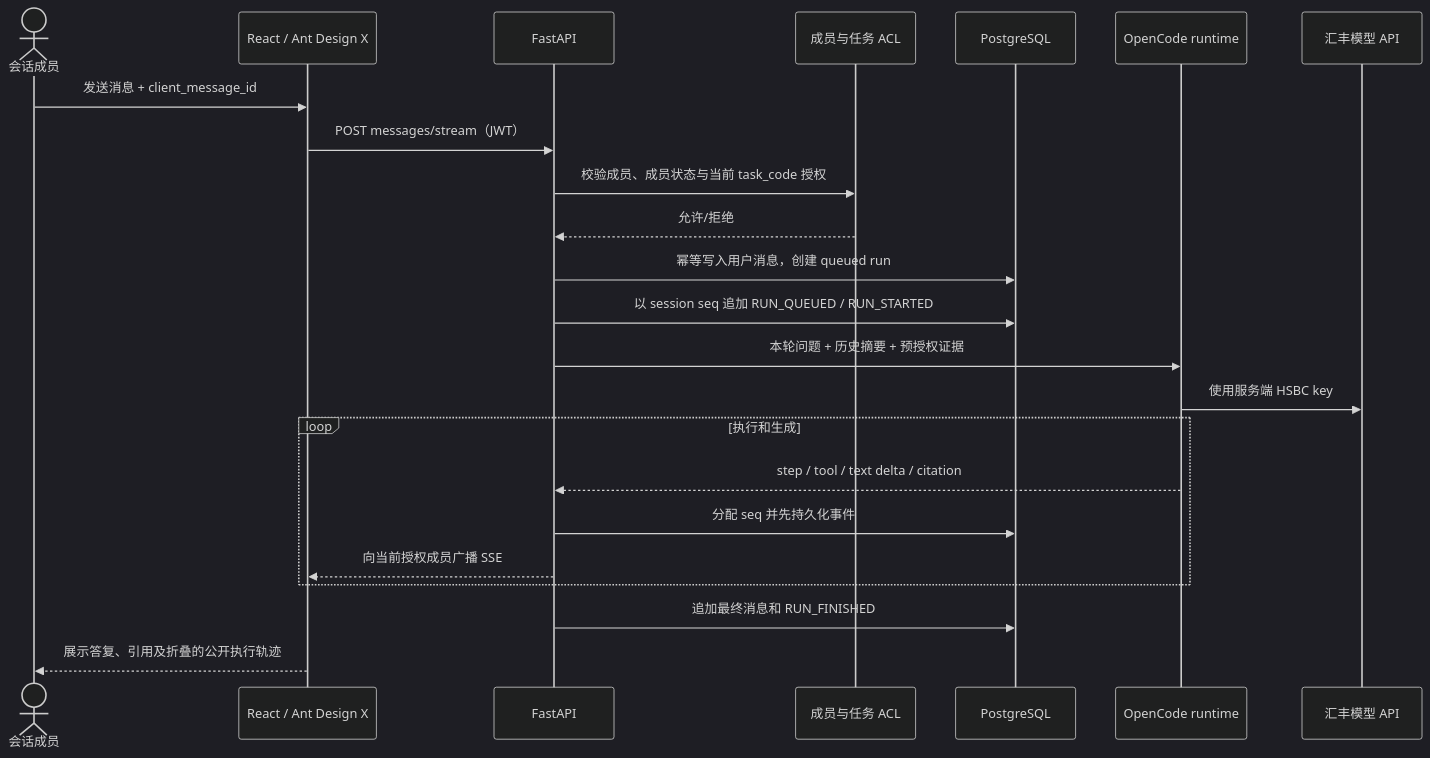
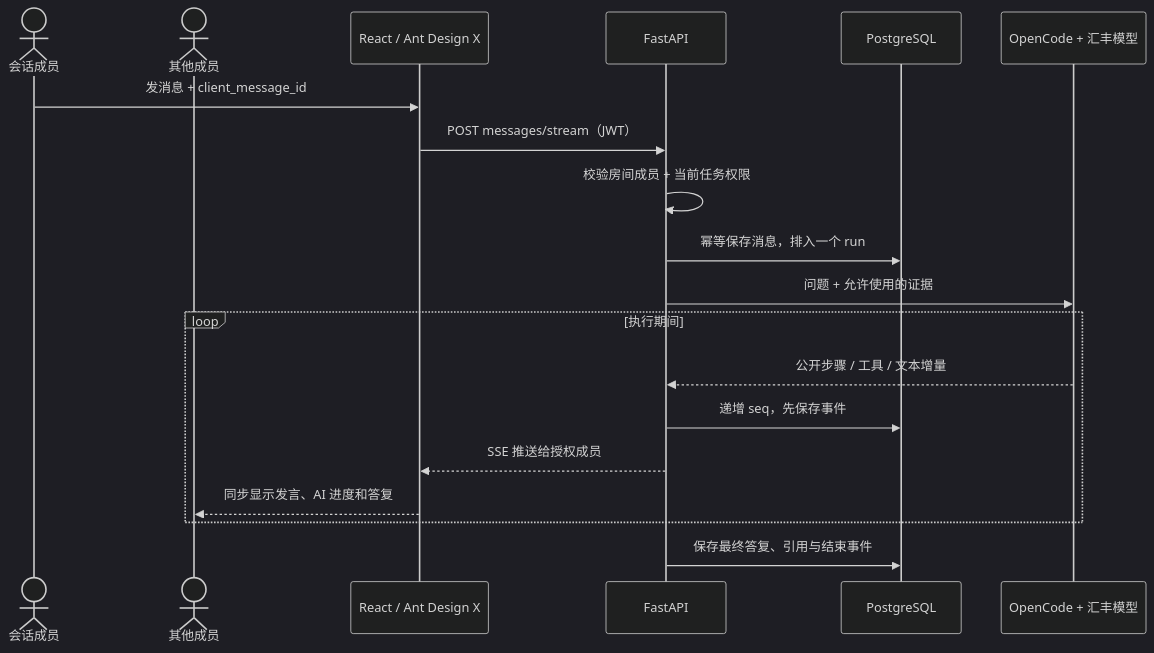
Before and after one commit to HBCN-AI-Campaign/HBCN-AI-Campaign-Team8: the third of 5 diagrams in docs/ai-assistant/多人协作AI对话调研与优化方案.md, drawn with Mermaid (dark theme). The commit also changed other lines of this file and 2 other files, not shown here.

````diff
--- a/docs/ai-assistant/多人协作AI对话调研与优化方案.md
+++ b/docs/ai-assistant/多人协作AI对话调研与优化方案.md
@@ -92,25 +90,21 @@
 ```mermaid
 sequenceDiagram
-  actor U as 会话成员
+  actor A as 会话成员
+  actor B as 其他成员
   participant UI as React / Ant Design X
   participant API as FastAPI
-  participant ACL as 成员与任务 ACL
   participant DB as PostgreSQL
-  participant RT as OpenCode runtime
-  participant LLM as 汇丰模型 API
-  U->>UI: 发送消息 + client_message_id
+  participant AI as OpenCode + 汇丰模型
+  A->>UI: 发消息 + client_message_id
   UI->>API: POST messages/stream（JWT）
-  API->>ACL: 校验成员、成员状态与当前 task_code 授权
-  ACL-->>API: 允许/拒绝
-  API->>DB: 幂等写入用户消息，创建 queued run
-  API->>DB: 以 session seq 追加 RUN_QUEUED / RUN_STARTED
-  API->>RT: 本轮问题 + 历史摘要 + 预授权证据
-  RT->>LLM: 使用服务端 HSBC key
-  loop 执行和生成
-    RT-->>API: step / tool / text delta / citation
-    API->>DB: 分配 seq 并先持久化事件
-    API-->>UI: 向当前授权成员广播 SSE
+  API->>API: 校验房间成员 + 当前任务权限
+  API->>DB: 幂等保存消息，排入一个 run
+  API->>AI: 问题 + 允许使用的证据
+  loop 执行期间
+    AI-->>API: 公开步骤 / 工具 / 文本增量
+    API->>DB: 递增 seq，先保存事件
+    API-->>UI: SSE 推送给授权成员
+    UI-->>B: 同步显示发言、AI 进度和答复
   end
-  API->>DB: 追加最终消息和 RUN_FINISHED
-  UI-->>U: 展示答复、引用及折叠的公开执行轨迹
+  API->>DB: 保存最终答复、引用与结束事件
 ```
````
